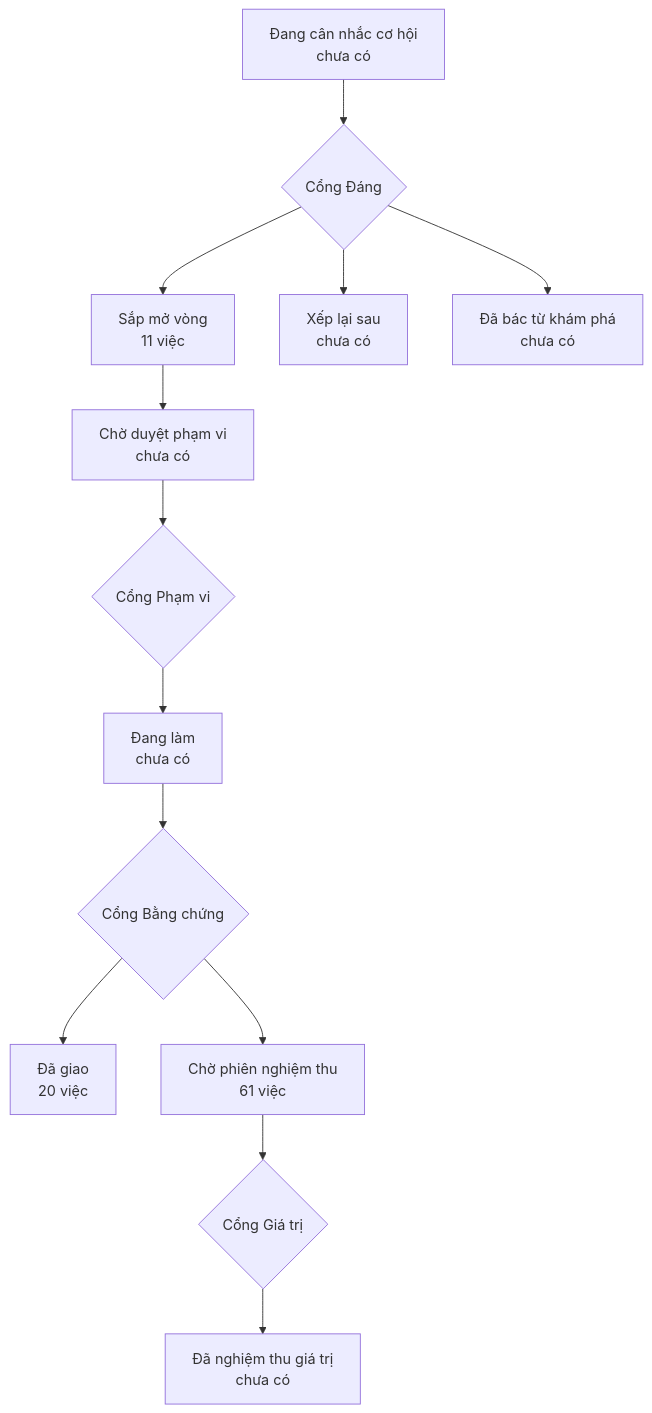
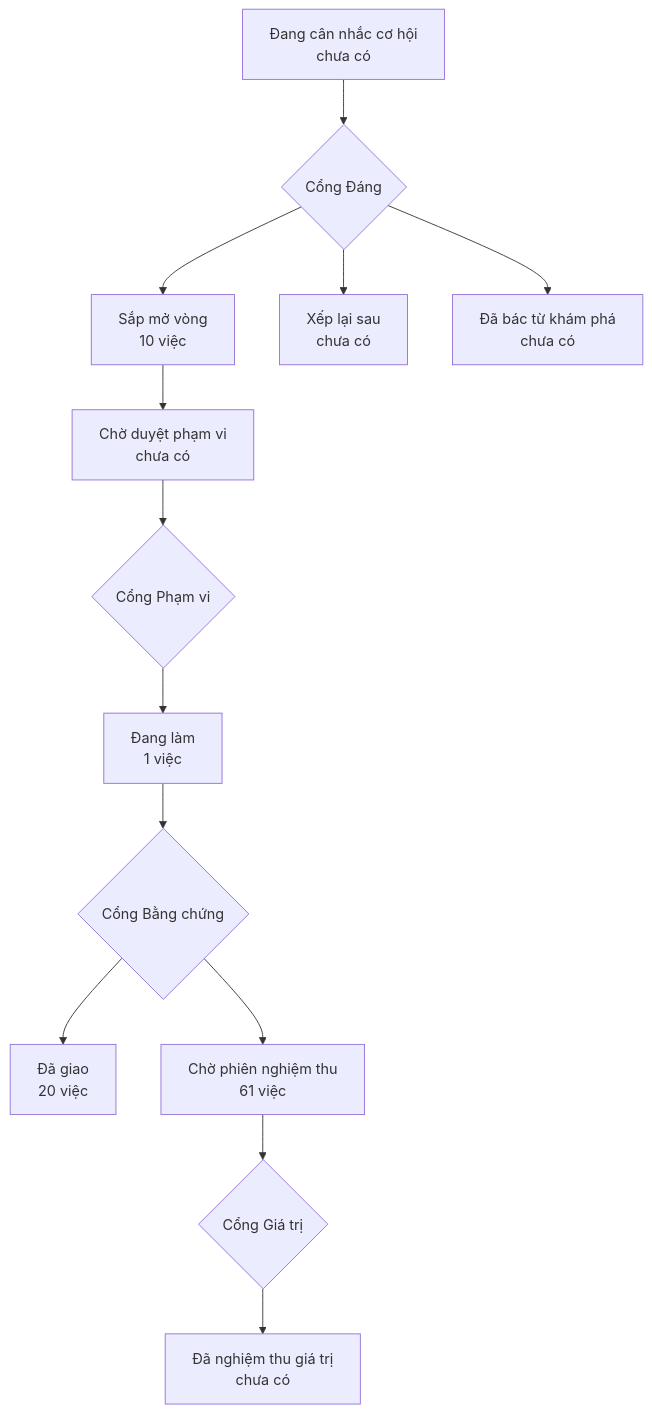
One commit to phanlemanh/onehub-quy-hang changed the diagram in PRODUCT-MAP.md. Above: the diagram before and after it, drawn with Mermaid. The commit also changed other lines of this file and 10 other files, not shown here.

````diff
--- a/PRODUCT-MAP.md
+++ b/PRODUCT-MAP.md
@@ -7,12 +7,12 @@
 ```mermaid
 flowchart TD
   A["Đang cân nhắc cơ hội<br/>chưa có"] --> GD{"Cổng Đáng"}
-  GD --> B["Sắp mở vòng<br/>11 việc"]
+  GD --> B["Sắp mở vòng<br/>10 việc"]
   GD --> XL["Xếp lại sau<br/>chưa có"]
   GD --> DB["Đã bác từ khám phá<br/>chưa có"]
   B --> CD["Chờ duyệt phạm vi<br/>chưa có"] --> GP{"Cổng Phạm vi"}
-  GP --> DL["Đang làm<br/>chưa có"] --> GB{"Cổng Bằng chứng"}
+  GP --> DL["Đang làm<br/>1 việc"] --> GB{"Cổng Bằng chứng"}
   GB --> DG["Đã giao<br/>20 việc"]
   GB --> CN["Chờ phiên nghiệm thu<br/>61 việc"] --> GG{"Cổng Giá trị"}
   GG --> NT["Đã nghiệm thu giá trị<br/>chưa có"]
 ```
````
